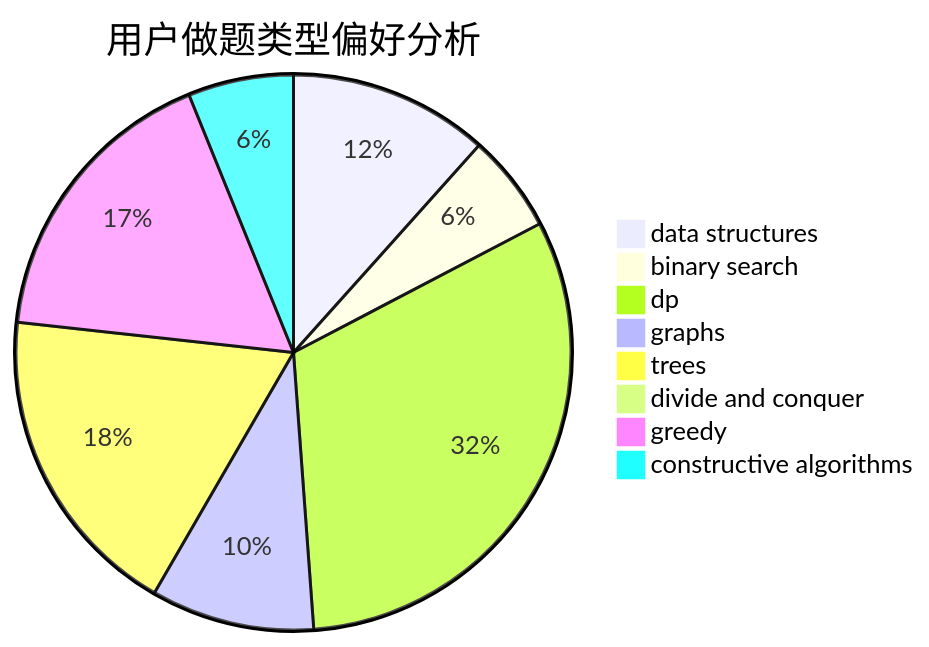
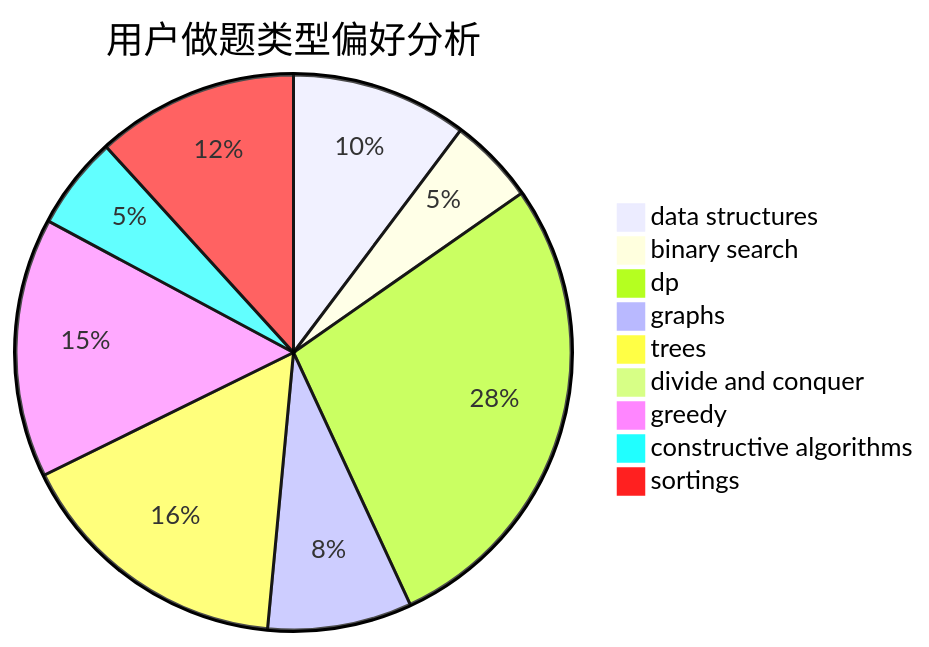
Before and after one commit to sherpahu/cfrs.github.io: the second of 3 diagrams in docs/user/u521.md, drawn with Mermaid. The commit also changed other lines of this file and 2769 other files, not shown here.

````diff
--- a/docs/user/u521.md
+++ b/docs/user/u521.md
@@ -23,11 +18,12 @@
 ```mermaid
 pie title 用户做题类型偏好分析
     "data structures" :  55
     "binary search" :  27
     "dp" :  149
     "graphs" :  45
     "trees" :  87
     "divide and conquer" :  0
     "greedy" :  81
     "constructive algorithms" :  29
+    "sortings" :  63
 ```
````
